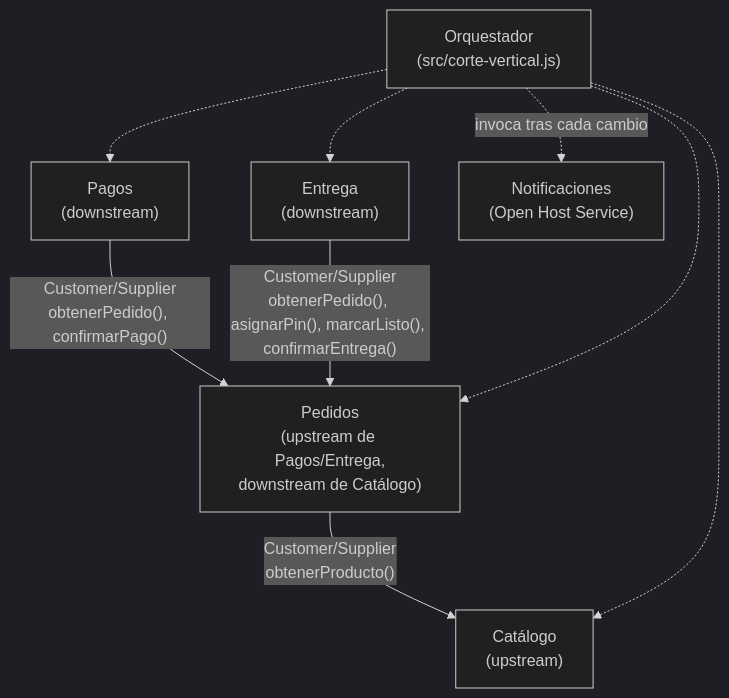
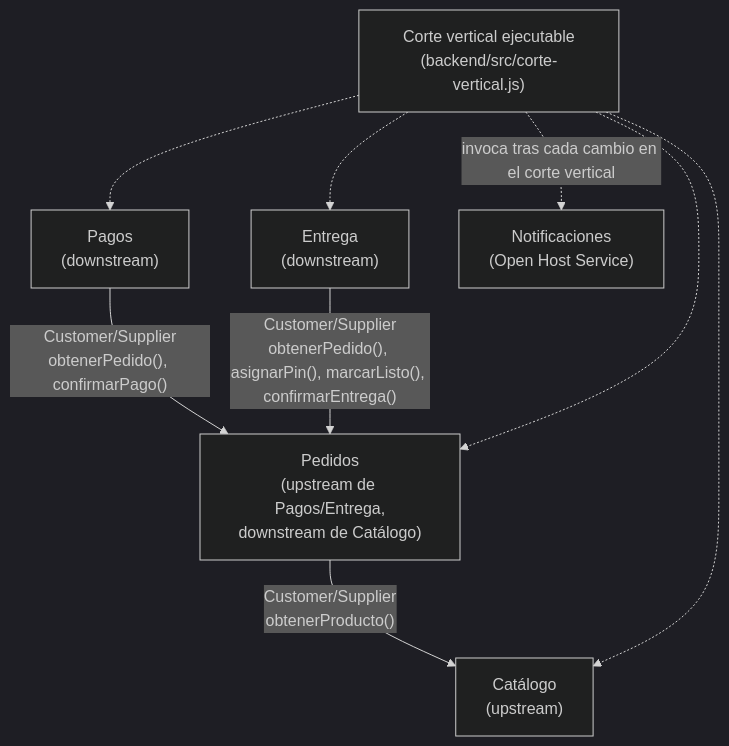
Before and after one commit to ISCOUTB/AS_202620_LaPlacita: the diagram in docs/dominio/mapa-de-contextos.md, drawn with Mermaid (dark theme). The commit also changed other lines of this file and 10 other files, not shown here.

````diff
--- a/docs/dominio/mapa-de-contextos.md
+++ b/docs/dominio/mapa-de-contextos.md
@@ -3,18 +3,18 @@
 ```mermaid
 graph TB
     Catalogo["Catálogo<br/>(upstream)"]
     Pedidos["Pedidos<br/>(upstream de Pagos/Entrega,<br/>downstream de Catálogo)"]
     Pagos["Pagos<br/>(downstream)"]
     Entrega["Entrega<br/>(downstream)"]
     Notificaciones["Notificaciones<br/>(Open Host Service)"]
-    Orquestador["Orquestador<br/>(src/corte-vertical.js)"]
+    Orquestador["Corte vertical ejecutable<br/>(backend/src/corte-vertical.js)"]
 
     Pedidos -->|"Customer/Supplier<br/>obtenerProducto()"| Catalogo
     Pagos -->|"Customer/Supplier<br/>obtenerPedido(), confirmarPago()"| Pedidos
     Entrega -->|"Customer/Supplier<br/>obtenerPedido(), asignarPin(), marcarListo(), confirmarEntrega()"| Pedidos
-    Orquestador -.->|"invoca tras cada cambio"| Notificaciones
+    Orquestador -.->|"invoca tras cada cambio en el corte vertical"| Notificaciones
     Orquestador -.-> Catalogo
     Orquestador -.-> Pedidos
     Orquestador -.-> Pagos
     Orquestador -.-> Entrega
 ```
````
